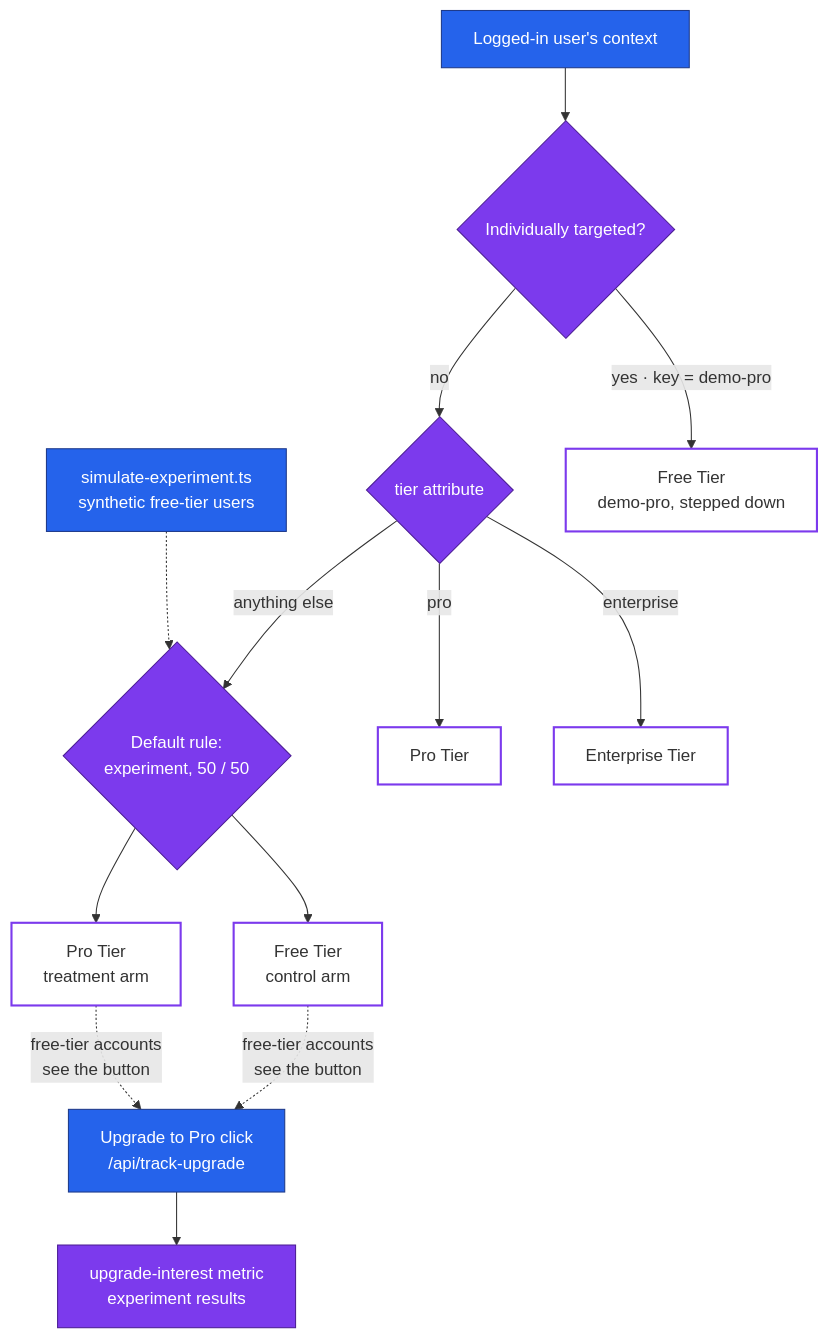
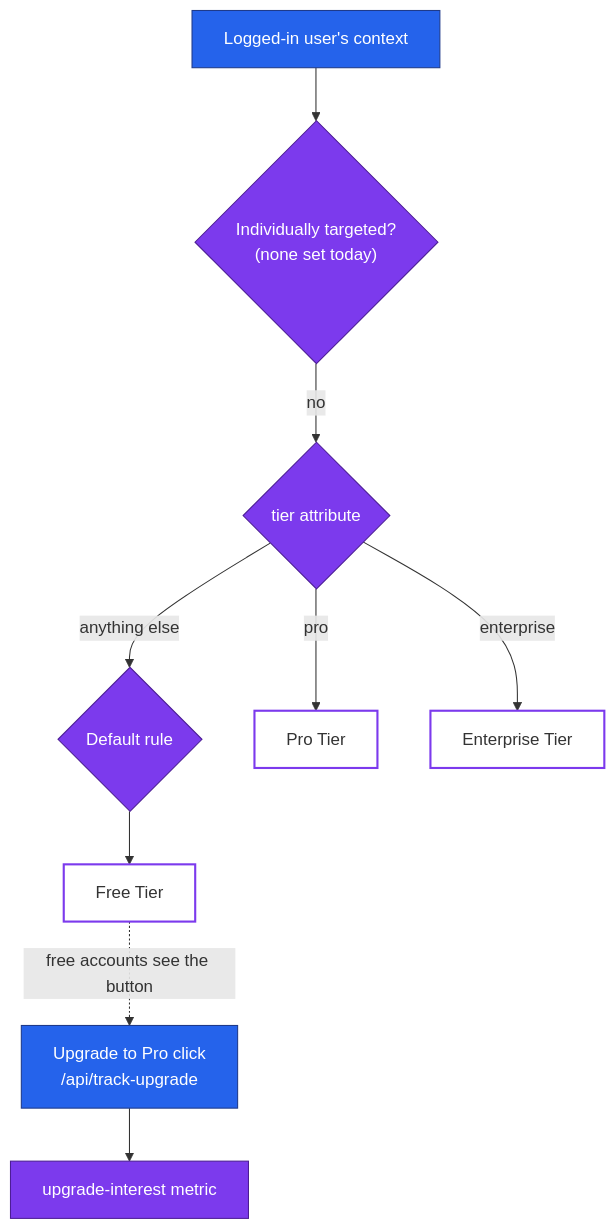
One commit to hiddenintel-rc/nimbus-ai-sample changed the fourth of 5 diagrams in docs/ARCHITECTURE.md. Above: the diagram before and after it, drawn with Mermaid. The commit also changed other lines of this file and 1 other file, not shown here.

````diff
--- a/docs/ARCHITECTURE.md
+++ b/docs/ARCHITECTURE.md
@@ -185,35 +185,29 @@
 ```mermaid
 flowchart TD
     accTitle: chat-tier-config evaluation
-    accDescr: LaunchDarkly first checks individual targets, so demo-pro is served Free Tier. Otherwise the tier attribute routes pro to Pro Tier and enterprise to Enterprise Tier. Everyone else reaches the default rule, a 50/50 experiment between Free and Pro. Free-tier users see an Upgrade button whose click is the experiment's conversion metric. A simulator script can generate synthetic traffic into the experiment.
+    accDescr: No individual targets are set, so the tier attribute decides. Pro goes to Pro Tier and enterprise to Enterprise Tier. Everyone else reaches the default rule, which serves Free Tier. Free-tier accounts see an Upgrade button whose click records the upgrade-interest metric. The default rule is also where an experiment is attached when one is running; none is today.
 
     Ctx["Logged-in user's context"]:::nimbus
-    Sim["simulate-experiment.ts<br/>synthetic free-tier users"]:::nimbus
-    Ind{"Individually targeted?"}:::ld
+    Ind{"Individually targeted?<br/>(none set today)"}:::ld
     Rule{"tier attribute"}:::ld
-    Exp{"Default rule:<br/>experiment, 50 / 50"}:::ld
+    Def{"Default rule"}:::ld
 
-    Down["Free Tier<br/>demo-pro, stepped down"]:::variation
     Pro["Pro Tier"]:::variation
     Ent["Enterprise Tier"]:::variation
-    Ctrl["Free Tier<br/>control arm"]:::variation
-    Treat["Pro Tier<br/>treatment arm"]:::variation
+    Free["Free Tier"]:::variation
     Click["Upgrade to Pro click<br/>/api/track-upgrade"]:::nimbus
-    Metric["upgrade-interest metric<br/>experiment results"]:::ld
+    Metric["upgrade-interest metric"]:::ld
 
     Ctx --> Ind
-    Ind -->|"yes · key = demo-pro"| Down
     Ind -->|no| Rule
     Rule -->|pro| Pro
     Rule -->|enterprise| Ent
-    Rule -->|"anything else"| Exp
-    Sim -.-> Exp
-    Exp --> Ctrl
-    Exp --> Treat
-    Ctrl & Treat -.->|"free-tier accounts<br/>see the button"| Click
+    Rule -->|"anything else"| Def
+    Def --> Free
+    Free -.->|"free accounts see the button"| Click
     Click --> Metric
 
     classDef nimbus fill:#2563eb,stroke:#1e3a8a,color:#fff
     classDef ld fill:#7c3aed,stroke:#4c1d95,color:#fff
     classDef variation fill:none,stroke:#7c3aed,stroke-width:2px
 ```
````
